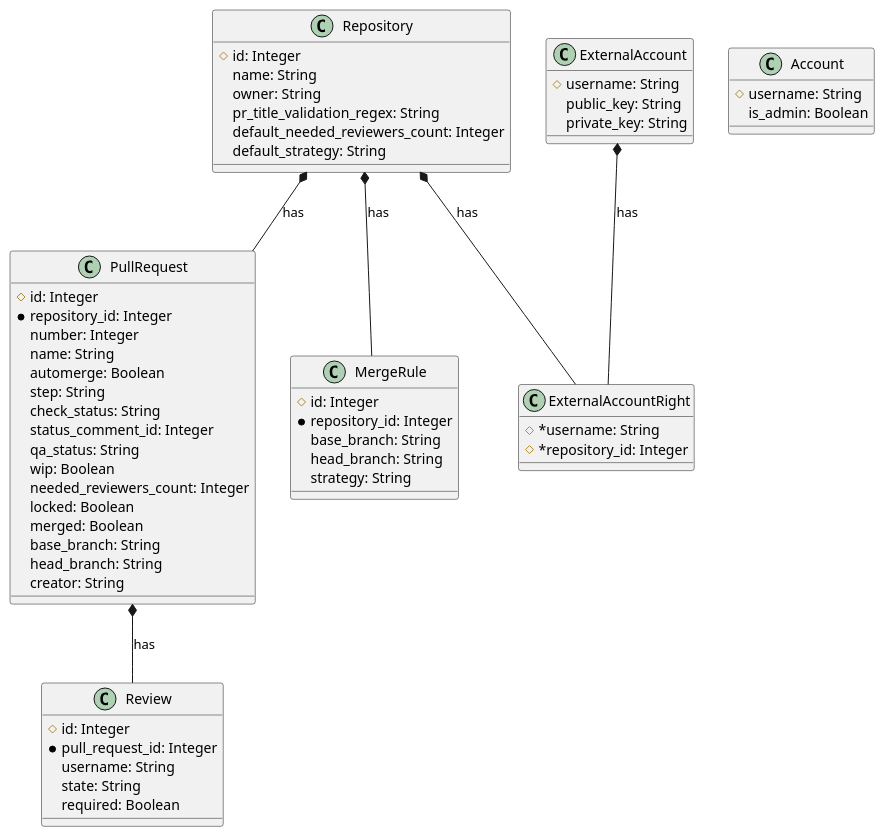
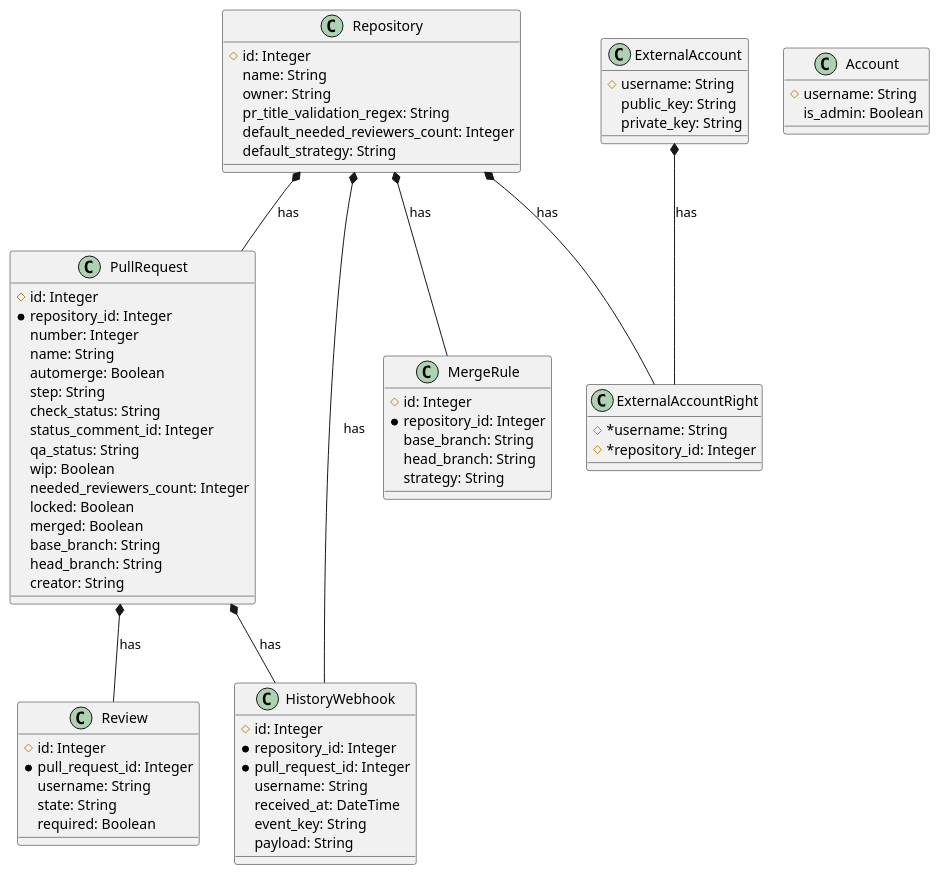
One commit to sharingcloud/github-scbot changed the diagram in docs/schema.plantuml. Above: the diagram before and after it, drawn with PlantUML. The commit also changed 20 other files, not shown here.

```diff
--- a/docs/schema.plantuml
+++ b/docs/schema.plantuml
@@ -1,63 +1,75 @@
 @startuml Schema
 class Repository {
     #id: Integer
     name: String
     owner: String
     pr_title_validation_regex: String
     default_needed_reviewers_count: Integer
     default_strategy: String
 }
 class PullRequest {
     #id: Integer
     *repository_id: Integer
     number: Integer
     name: String
     automerge: Boolean
     step: String
     check_status: String
     status_comment_id: Integer
     qa_status: String
     wip: Boolean
     needed_reviewers_count: Integer
     locked: Boolean
     merged: Boolean
     base_branch: String
     head_branch: String
     creator: String
 }
 class Review {
     #id: Integer
     *pull_request_id: Integer
     username: String
     state: String
     required: Boolean
 }
 class MergeRule {
     #id: Integer
     *repository_id: Integer
     base_branch: String
     head_branch: String
     strategy: String
 }
 
 class ExternalAccount {
     #username: String
     public_key: String
     private_key: String
 }
 class ExternalAccountRight {
     #*username: String
     #*repository_id: Integer
 }
 
 class Account {
     #username: String
     is_admin: Boolean
 }
 
+class HistoryWebhook {
+    #id: Integer
+    *repository_id: Integer
+    *pull_request_id: Integer
+    username: String
+    received_at: DateTime
+    event_key: String
+    payload: String
+}
+
 Repository *-- PullRequest : has
 Repository *-- MergeRule : has
 PullRequest *-- Review : has
 ExternalAccount *-- ExternalAccountRight : has
 Repository *-- ExternalAccountRight : has
+Repository *-- HistoryWebhook : has
+PullRequest *-- HistoryWebhook : has
 @enduml
```
